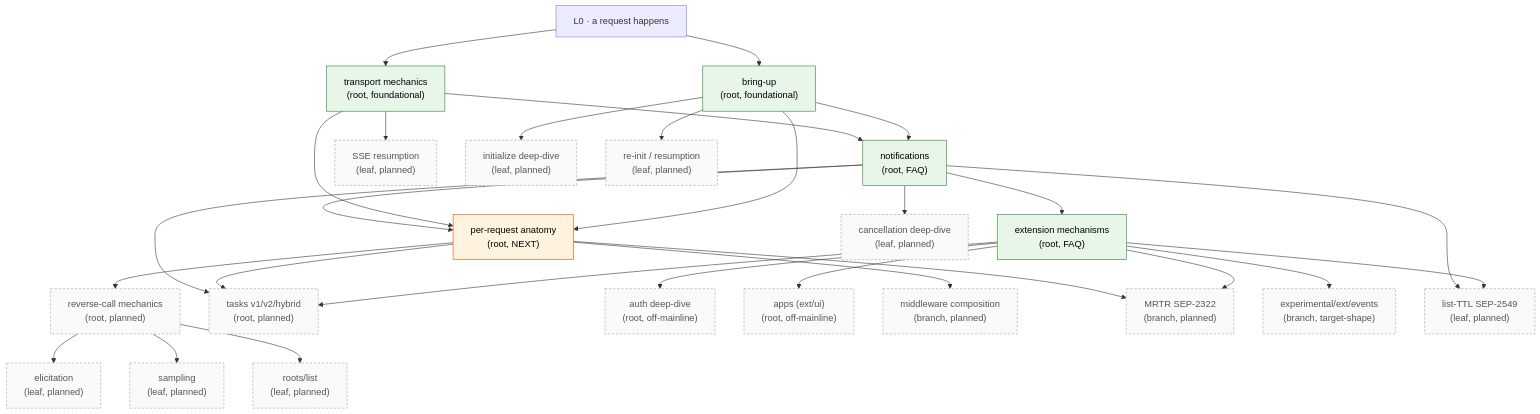
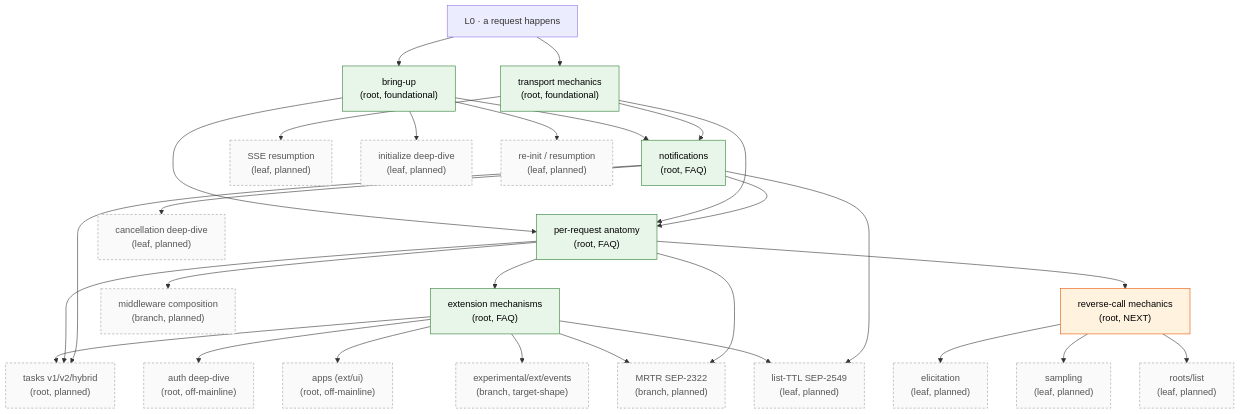
One commit to panyam/mcpkit changed the diagram in tutorials/walkthrough/INDEX.md. Above: the diagram before and after it, drawn with Mermaid. The commit also changed other lines of this file and 9 other files, not shown here.

First line of the commit message:
docs(tutorial): write per-request-anatomy root + reorder before extensions; add Makefile and graph-gen

````diff
--- a/tutorials/walkthrough/INDEX.md
+++ b/tutorials/walkthrough/INDEX.md
@@ -63,71 +63,72 @@
 ```mermaid
 graph TD
     L0[L0 · a request happens]
 
     bringup["bring-up<br/>(root, foundational)"]
     wire["transport mechanics<br/>(root, foundational)"]
     notif["notifications<br/>(root, FAQ)"]
+    anat["per-request anatomy<br/>(root, FAQ)"]
     ext["extension mechanisms<br/>(root, FAQ)"]
 
-    anat["per-request anatomy<br/>(root, NEXT)"]
-    rev["reverse-call mechanics<br/>(root, planned)"]
+    rev["reverse-call mechanics<br/>(root, NEXT)"]
     tasks["tasks v1/v2/hybrid<br/>(root, planned)"]
     auth["auth deep-dive<br/>(root, off-mainline)"]
     apps["apps (ext/ui)<br/>(root, off-mainline)"]
 
     resume["SSE resumption<br/>(leaf, planned)"]
     mw["middleware composition<br/>(branch, planned)"]
     mrtr["MRTR SEP-2322<br/>(branch, planned)"]
     init["initialize deep-dive<br/>(leaf, planned)"]
     reinit["re-init / resumption<br/>(leaf, planned)"]
     events["experimental/ext/events<br/>(branch, target-shape)"]
     elicit["elicitation<br/>(leaf, planned)"]
     sample["sampling<br/>(leaf, planned)"]
     rootsLeaf["roots/list<br/>(leaf, planned)"]
     canceldeep["cancellation deep-dive<br/>(leaf, planned)"]
     listttl["list-TTL SEP-2549<br/>(leaf, planned)"]
 
     L0 --> bringup
     L0 --> wire
 
     bringup --> notif
     wire --> notif
-    notif --> ext
     bringup --> anat
     wire --> anat
     notif --> anat
+    anat --> ext
 
     ext --> tasks
     ext --> auth
     ext --> apps
     ext --> events
     ext --> mrtr
     ext --> listttl
     anat --> rev
     anat --> mw
     anat --> mrtr
     anat --> tasks
     notif --> tasks
 
     wire --> resume
     bringup --> init
     bringup --> reinit
 
     rev --> elicit
     rev --> sample
     rev --> rootsLeaf
     notif --> canceldeep
     notif --> listttl
 
     classDef written fill:#e8f5e9,stroke:#2e7d32,color:#000;
     classDef next fill:#fff3e0,stroke:#e65100,color:#000;
     classDef planned fill:#fafafa,stroke:#9e9e9e,stroke-dasharray:4 3,color:#555;
-    class bringup,wire,notif,ext written;
-    class anat next;
-    class rev,tasks,auth,apps,resume,mw,mrtr,init,reinit,events,elicit,sample,rootsLeaf,canceldeep,listttl planned;
+    class bringup,wire,notif,anat,ext written;
+    class rev next;
+    class tasks,auth,apps,resume,mw,mrtr,init,reinit,events,elicit,sample,rootsLeaf,canceldeep,listttl planned;
 
     click bringup "./bringup.md"
     click wire "./transport-mechanics.md"
     click notif "./notifications.md"
+    click anat "./request-anatomy.md"
     click ext "./extension-mechanisms.md"
 ```
````
